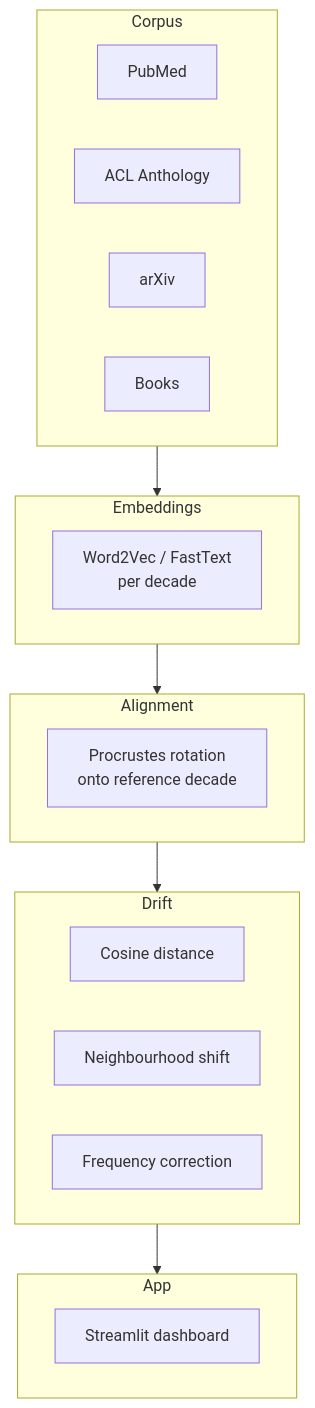
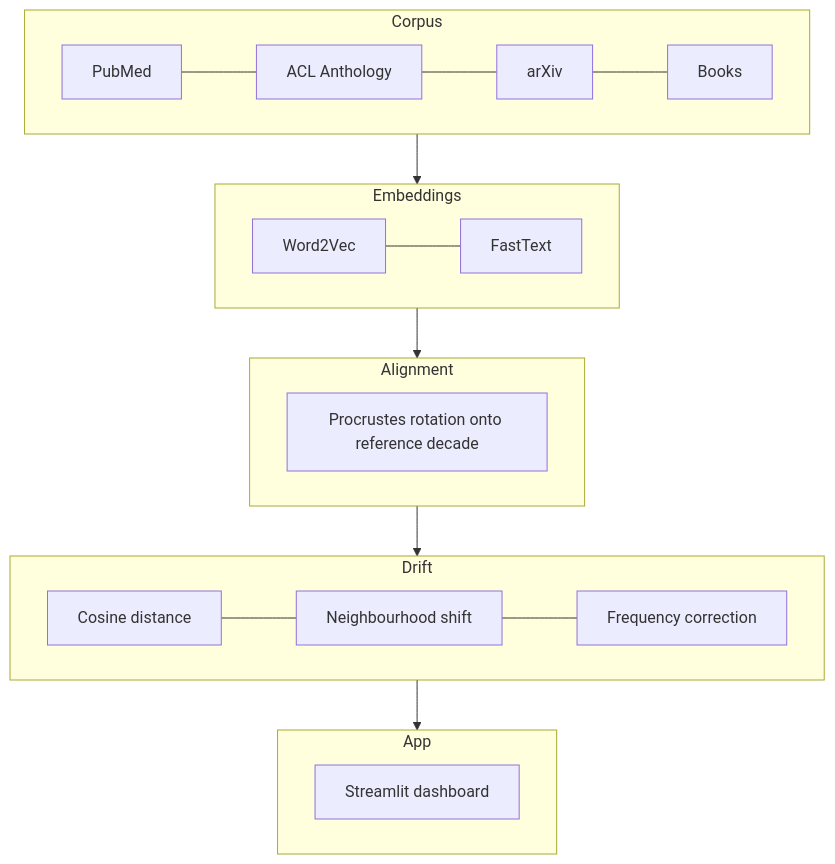
The diagram in README.md (Dovalization/interpretant), drawn with Mermaid before and after one commit.

Commit message:
docs(readme): lay out subgraph nodes horizontally

````diff
--- a/README.md
+++ b/README.md
@@ -48,29 +48,29 @@
 ```mermaid
 flowchart TD
     subgraph corpus["Corpus"]
-        C1[PubMed]
-        C2[ACL Anthology]
-        C3[arXiv]
-        C4[Books]
+        direction LR
+        C1[PubMed] --- C2[ACL Anthology] --- C3[arXiv] --- C4[Books]
     end
 
     subgraph embed["Embeddings"]
-        E1[Word2Vec / FastText<br/>per decade]
+        direction LR
+        E1[Word2Vec] --- E2[FastText]
     end
 
     subgraph align["Alignment"]
-        A1[Procrustes rotation<br/>onto reference decade]
+        direction LR
+        A1[Procrustes rotation onto reference decade]
     end
 
     subgraph drift["Drift"]
-        D1[Cosine distance]
-        D2[Neighbourhood shift]
-        D3[Frequency correction]
+        direction LR
+        D1[Cosine distance] --- D2[Neighbourhood shift] --- D3[Frequency correction]
     end
 
     subgraph app["App"]
+        direction LR
         P1[Streamlit dashboard]
     end
 
     corpus --> embed --> align --> drift --> app
 ```
````
